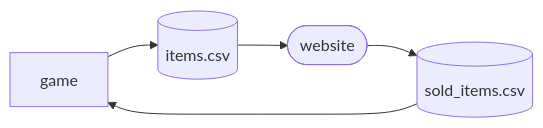
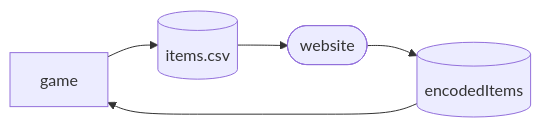
Before and after one commit to sogladev/auction: the first of 5 diagrams in README.md, drawn with Mermaid.

````diff
--- a/README.md
+++ b/README.md
@@ -111,7 +111,7 @@
 ```mermaid
 flowchart LR;
     game-->in-->website-->out-->game
     in[(items.csv)]
-    out[(sold_items.csv)]
+    out[(encodedItems)]
     website([website])
 ```
````
